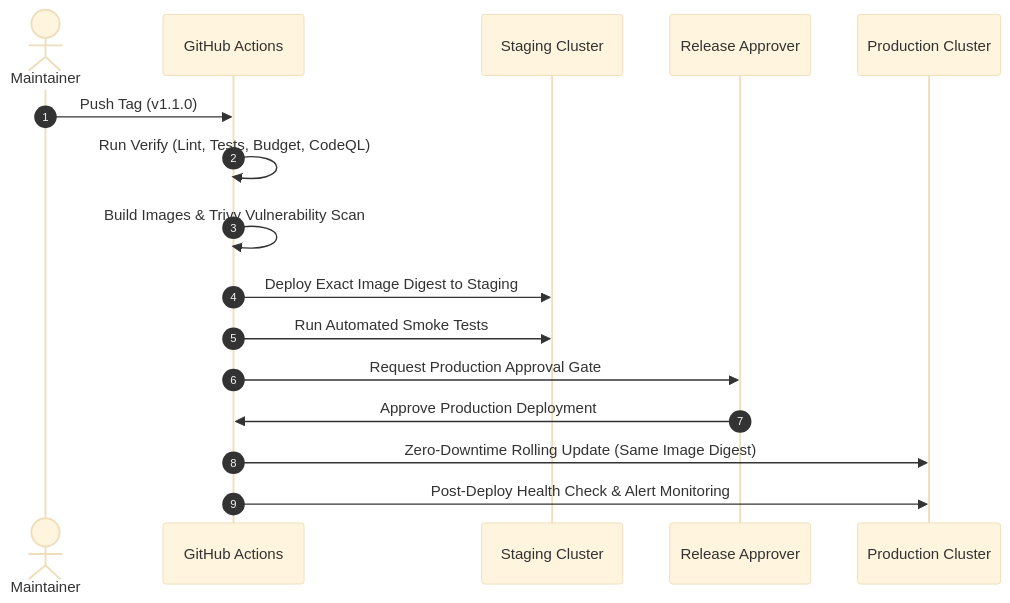
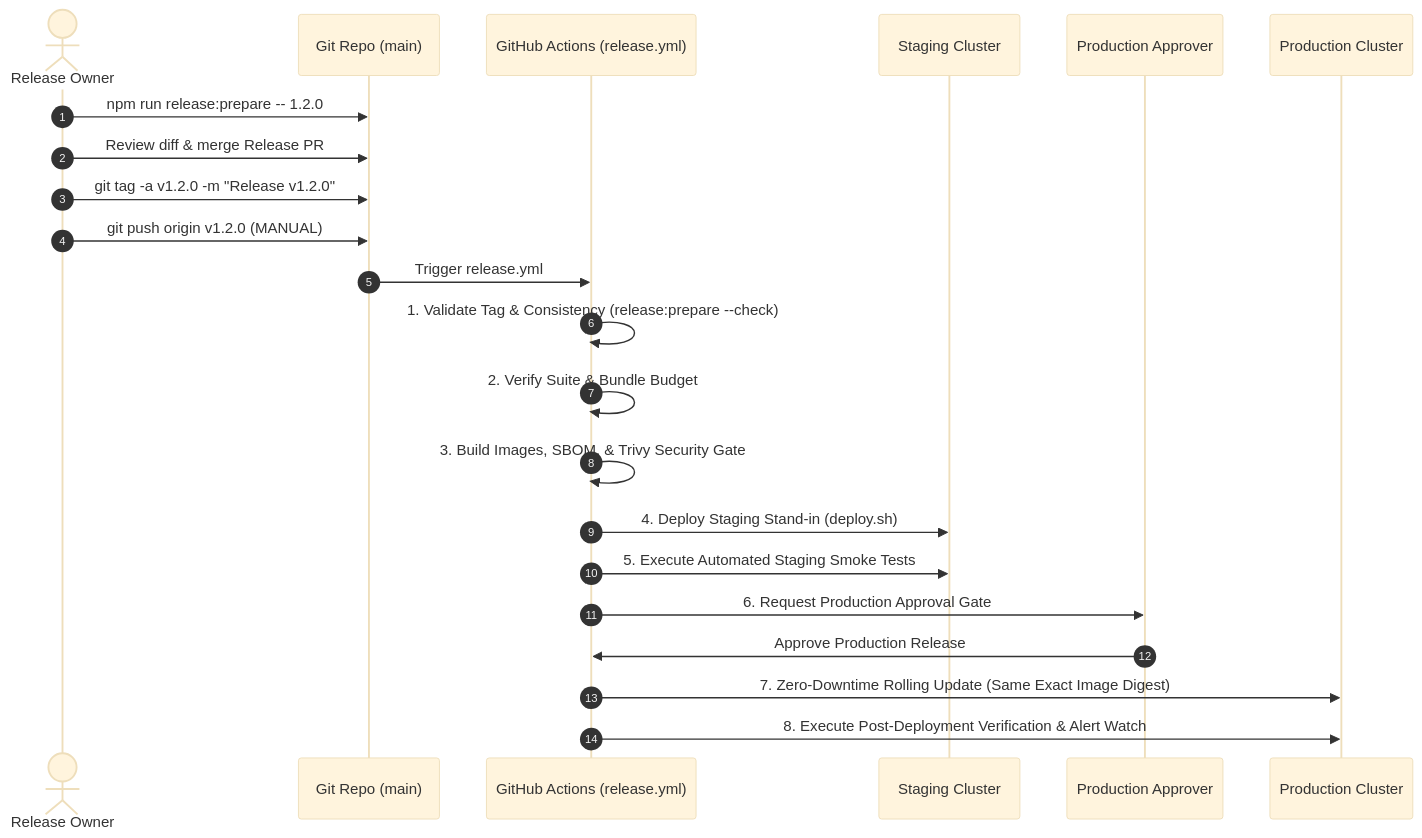
Before and after one commit to Gulshankartikk/Flash-chat: the diagram in RELEASING.md, drawn with Mermaid (base theme). The commit also changed other lines of this file and 66 other files, not shown here.

````diff
--- a/RELEASING.md
+++ b/RELEASING.md
@@ -19,19 +52,25 @@
 ```mermaid
 sequenceDiagram
     autonumber
-    actor Maintainer
-    participant GitHub as GitHub Actions
+    actor ReleaseOwner as Release Owner
+    participant Git as Git Repo (main)
+    participant CI as GitHub Actions (release.yml)
     participant Staging as Staging Cluster
-    participant Approver as Release Approver
+    participant Approver as Production Approver
     participant Prod as Production Cluster
 
-    Maintainer->>GitHub: Push Tag (v1.1.0)
-    GitHub->>GitHub: Run Verify (Lint, Tests, Budget, CodeQL)
-    GitHub->>GitHub: Build Images & Trivy Vulnerability Scan
-    GitHub->>Staging: Deploy Exact Image Digest to Staging
-    GitHub->>Staging: Run Automated Smoke Tests
-    GitHub->>Approver: Request Production Approval Gate
-    Approver->>GitHub: Approve Production Deployment
-    GitHub->>Prod: Zero-Downtime Rolling Update (Same Image Digest)
-    GitHub->>Prod: Post-Deploy Health Check & Alert Monitoring
+    ReleaseOwner->>Git: npm run release:prepare -- 1.2.0
+    ReleaseOwner->>Git: Review diff & merge Release PR
+    ReleaseOwner->>Git: git tag -a v1.2.0 -m "Release v1.2.0"
+    ReleaseOwner->>Git: git push origin v1.2.0 (MANUAL)
+    Git->>CI: Trigger release.yml
+    CI->>CI: 1. Validate Tag & Consistency (release:prepare --check)
+    CI->>CI: 2. Verify Suite & Bundle Budget
+    CI->>CI: 3. Build Images, SBOM, & Trivy Security Gate
+    CI->>Staging: 4. Deploy Staging Stand-in (deploy.sh)
+    CI->>Staging: 5. Execute Automated Staging Smoke Tests
+    CI->>Approver: 6. Request Production Approval Gate
+    Approver->>CI: Approve Production Release
+    CI->>Prod: 7. Zero-Downtime Rolling Update (Same Exact Image Digest)
+    CI->>Prod: 8. Execute Post-Deployment Verification & Alert Watch
 ```
````
